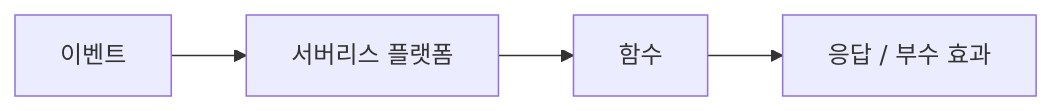
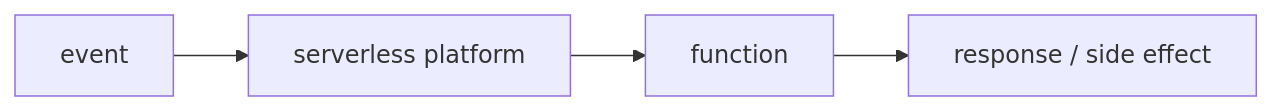
The diagram in content/serverless-101/ko/01-what-is-serverless.md (yeongseon-books/book-content), drawn with Mermaid before and after one commit. The commit also changed other lines of this file and 9 other files, not shown here.

````diff
--- a/content/serverless-101/ko/01-what-is-serverless.md
+++ b/content/serverless-101/ko/01-what-is-serverless.md
@@ -57,6 +48,6 @@
 ```mermaid
 flowchart LR
-    Event["이벤트"] --> Platform["서버리스 플랫폼"]
-    Platform --> Func["함수"]
-    Func --> Result["응답 / 부수 효과"]
+    Event["event"] --> Platform["serverless platform"]
+    Platform --> Func["function"]
+    Func --> Result["response / side effect"]
 ```
````
